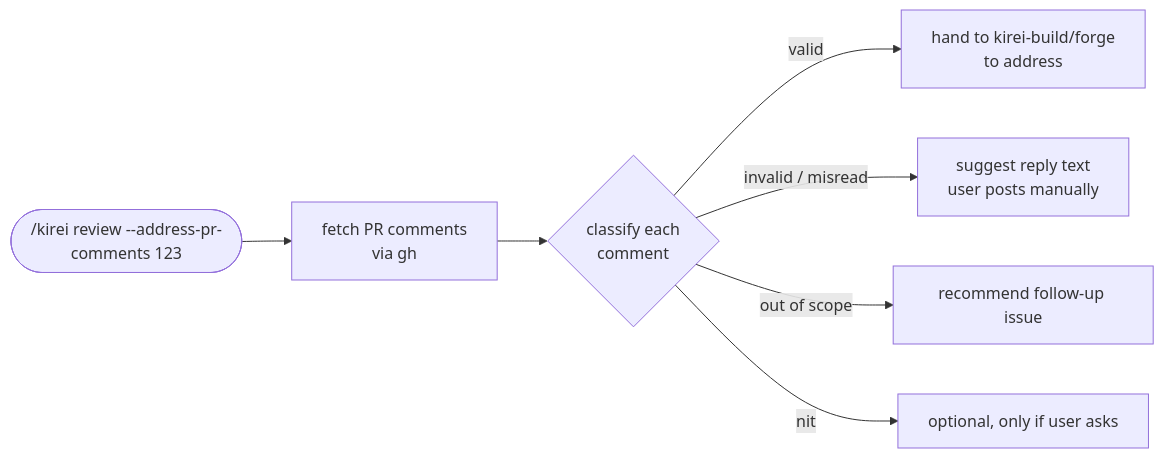
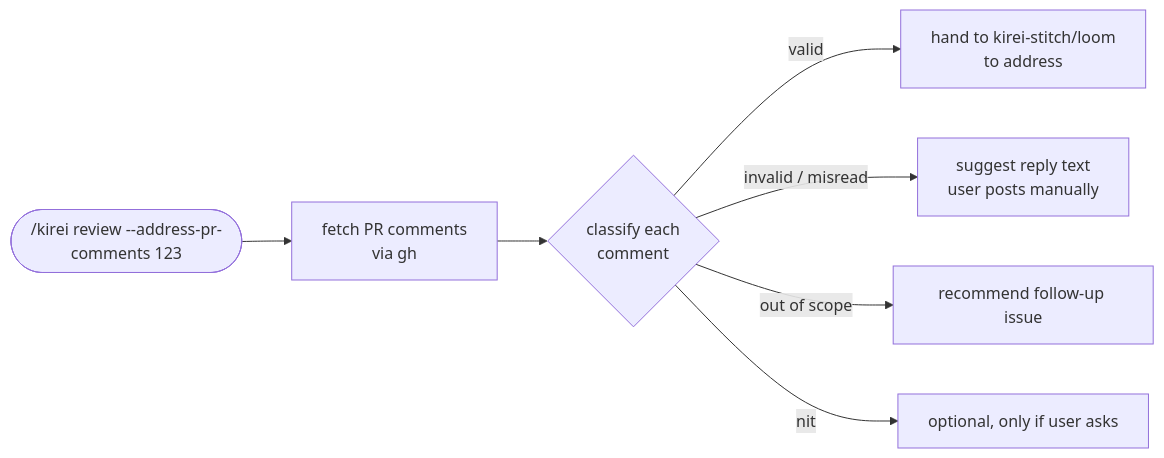
One commit to Shironex/kirei changed the fourth of 5 diagrams in README.md. Above: the diagram before and after it, drawn with Mermaid. The commit also changed other lines of this file and 2 other files, not shown here.

````diff
--- a/README.md
+++ b/README.md
@@ -190,10 +193,10 @@
 ```mermaid
 flowchart LR
     invoke(["/kirei review --address-pr-comments 123"])
     invoke --> fetch[fetch PR comments\nvia gh]
     fetch --> classify{classify each\ncomment}
-    classify -->|valid| toFix[hand to kirei-build/forge\nto address]
+    classify -->|valid| toFix[hand to kirei-stitch/loom\nto address]
     classify -->|invalid / misread| reply[suggest reply text\nuser posts manually]
     classify -->|out of scope| follow[recommend follow-up issue]
     classify -->|nit| optional[optional, only if user asks]
 ```
````
